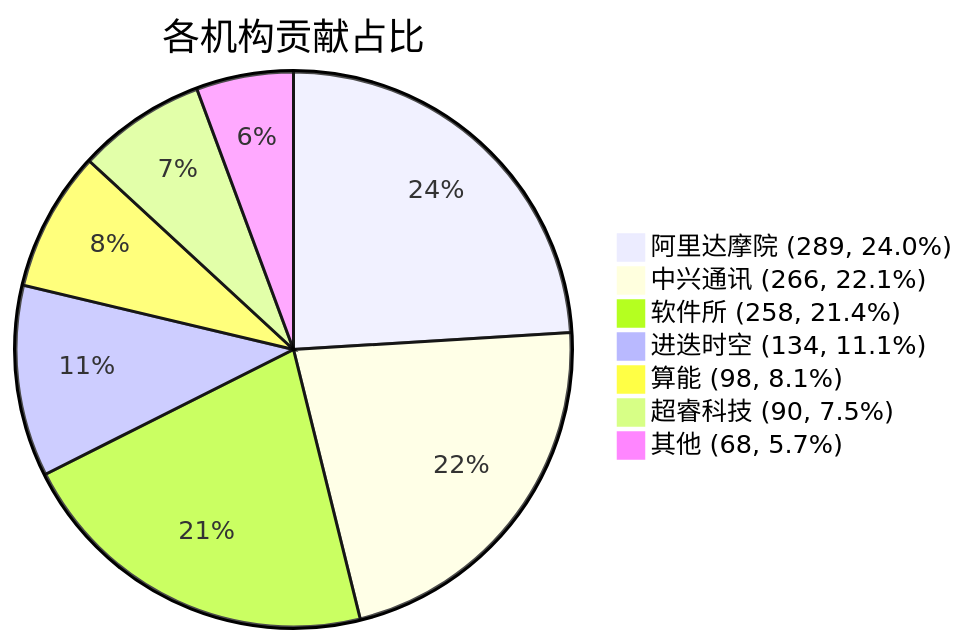
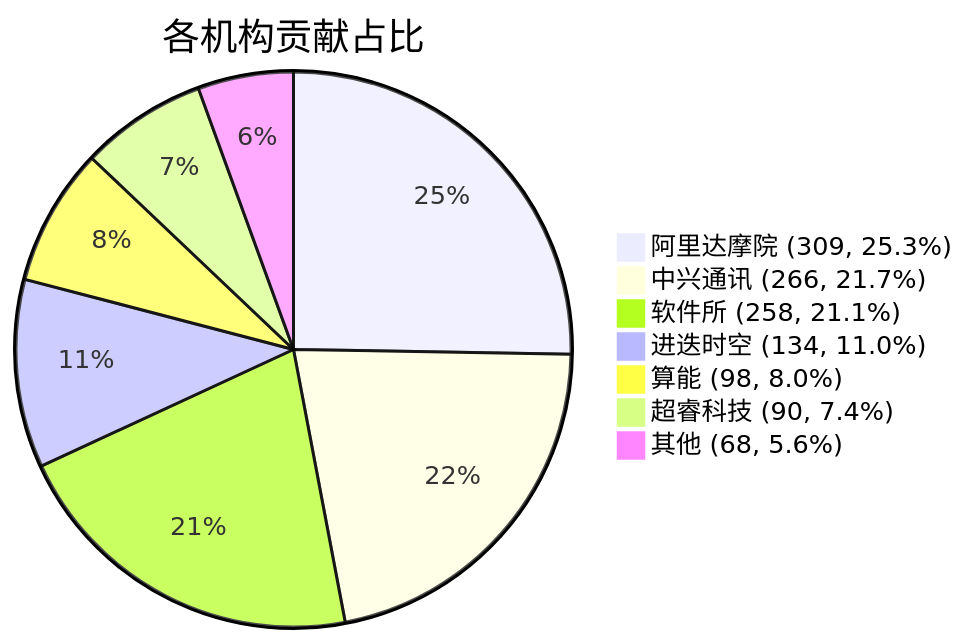
Before and after one commit to RVCK-Project/rvck: the diagram in docs/index.md, drawn with Mermaid. The commit also changed other lines of this file and 20 other files, not shown here.

````diff
--- a/docs/index.md
+++ b/docs/index.md
@@ -39,10 +39,10 @@
 ```mermaid
 pie title 各机构贡献占比
-    "阿里达摩院 (289, 24.0%)" : 289
-    "中兴通讯 (266, 22.1%)" : 266
-    "软件所 (258, 21.4%)" : 258
-    "进迭时空 (134, 11.1%)" : 134
-    "算能 (98, 8.1%)" : 98
-    "超睿科技 (90, 7.5%)" : 90
-    "其他 (68, 5.7%)" : 68
+    "阿里达摩院 (309, 25.3%)" : 309
+    "中兴通讯 (266, 21.7%)" : 266
+    "软件所 (258, 21.1%)" : 258
+    "进迭时空 (134, 11.0%)" : 134
+    "算能 (98, 8.0%)" : 98
+    "超睿科技 (90, 7.4%)" : 90
+    "其他 (68, 5.6%)" : 68
 ```
````
